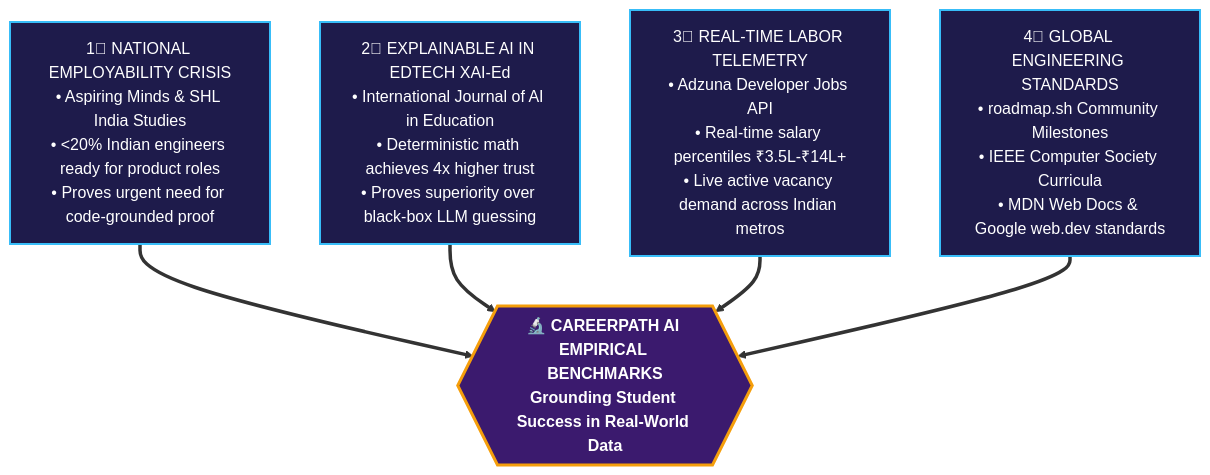
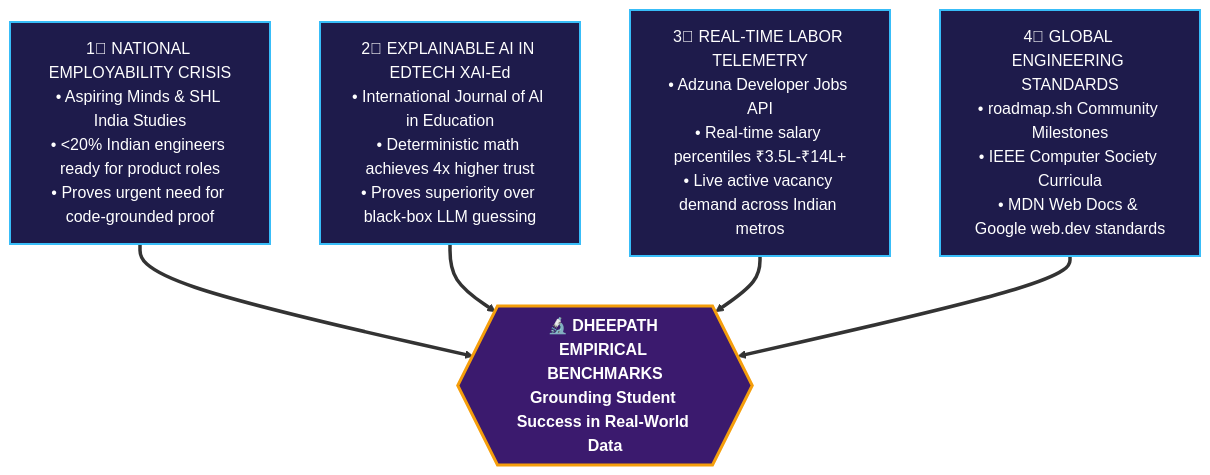
The sixth of 6 diagrams in HACK2IGNITE_2026_IDEA_PPT_SUBMISSION.md (parthpatil1234p-svg/disheera), drawn with Mermaid before and after one commit. The commit also changed other lines of this file and 29 other files, not shown here.

````diff
--- a/HACK2IGNITE_2026_IDEA_PPT_SUBMISSION.md
+++ b/HACK2IGNITE_2026_IDEA_PPT_SUBMISSION.md
@@ -400,17 +400,17 @@
 ```mermaid
 flowchart TD
     classDef vector fill:#1E1B4B,stroke:#38BDF8,stroke-width:2px,color:#FFFFFF;
     classDef core fill:#3B1A6E,stroke:#F59E0B,stroke-width:3px,color:#FFFFFF,font-weight:bold;
 
-    CORE{{🔬 CAREERPATH AI EMPIRICAL BENCHMARKS<br/>Grounding Student Success in Real-World Data}}:::core
+    CORE{{🔬 DHEEPATH EMPIRICAL BENCHMARKS<br/>Grounding Student Success in Real-World Data}}:::core
 
     V1[1⃣ NATIONAL EMPLOYABILITY CRISIS<br/>• Aspiring Minds &amp; SHL India Studies<br/>• &lt;20% Indian engineers ready for product roles<br/>• Proves urgent need for code-grounded proof]:::vector
     V2[2⃣ EXPLAINABLE AI IN EDTECH XAI-Ed<br/>• International Journal of AI in Education<br/>• Deterministic math achieves 4x higher trust<br/>• Proves superiority over black-box LLM guessing]:::vector
     V3[3⃣ REAL-TIME LABOR TELEMETRY<br/>• Adzuna Developer Jobs API<br/>• Real-time salary percentiles ₹3.5L-₹14L+<br/>• Live active vacancy demand across Indian metros]:::vector
     V4[4⃣ GLOBAL ENGINEERING STANDARDS<br/>• roadmap.sh Community Milestones<br/>• IEEE Computer Society Curricula<br/>• MDN Web Docs &amp; Google web.dev standards]:::vector
 
     V1 ==> CORE
     V2 ==> CORE
     V3 ==> CORE
     V4 ==> CORE
 ```
````
